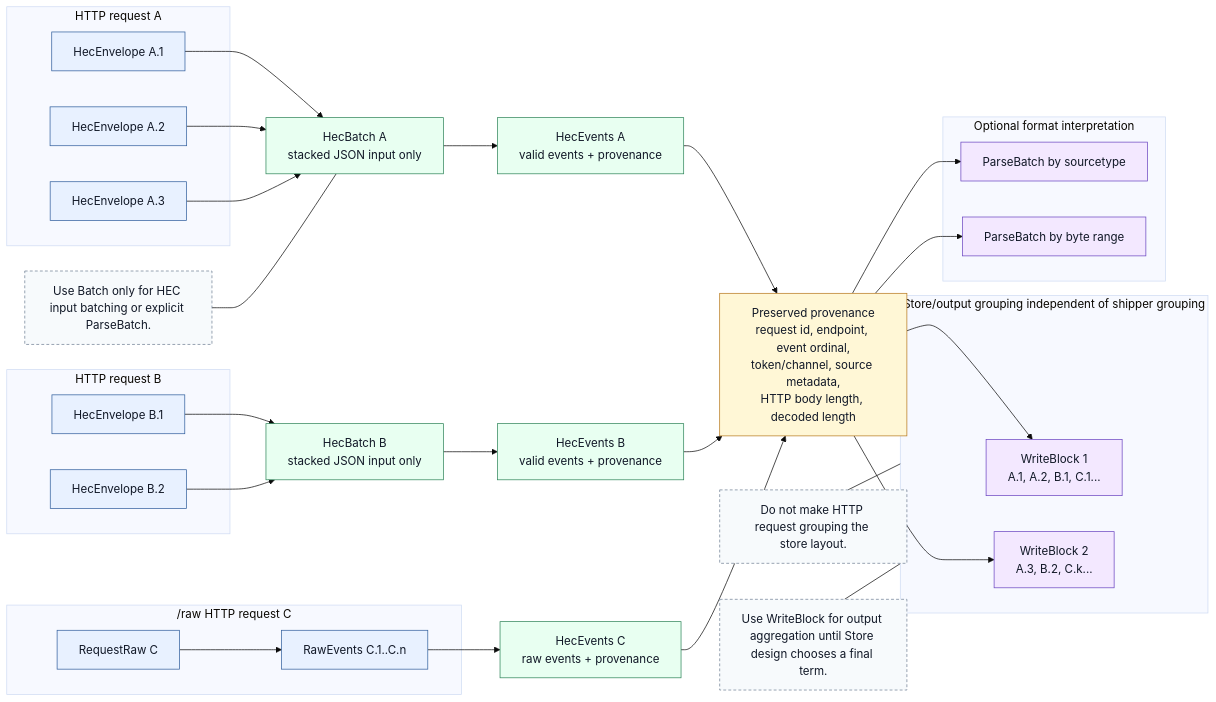
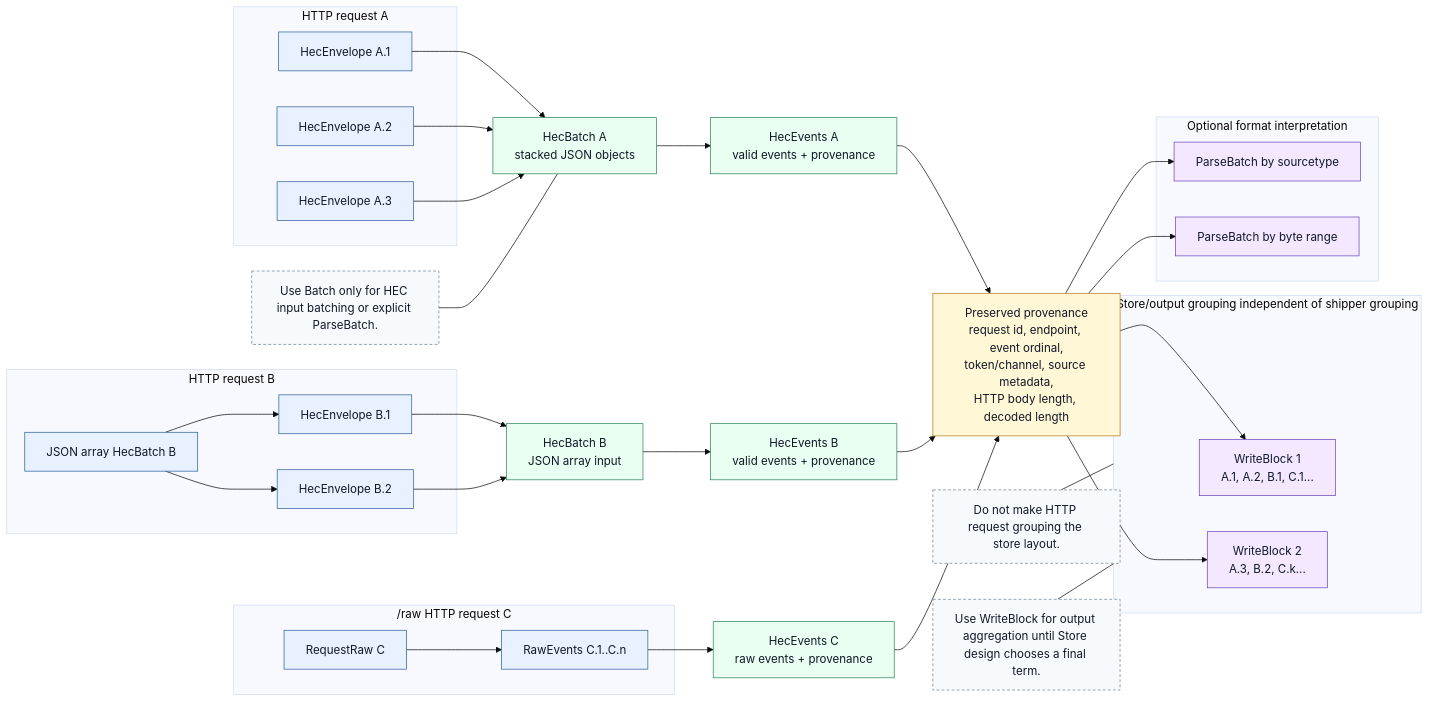
One commit to fear-ai/hecpoc changed the diagram in viz/hec_batch_writeblock.mmd. Above: the diagram before and after it, drawn with Mermaid (base theme). The commit also changed 14 other files, not shown here.

```diff
--- a/viz/hec_batch_writeblock.mmd
+++ b/viz/hec_batch_writeblock.mmd
@@ -1,64 +1,67 @@
 flowchart LR
   classDef request fill:#e8f1ff,stroke:#315f9d,color:#111827
   classDef hec fill:#e8fff1,stroke:#2f855a,color:#111827
   classDef store fill:#f3e8ff,stroke:#6b46c1,color:#111827
   classDef meta fill:#fff7d6,stroke:#b7791f,color:#111827
   classDef note fill:#f7fafc,stroke:#718096,color:#111827,stroke-dasharray: 4 3
 
   subgraph R1["HTTP request A"]
     A1["HecEnvelope A.1"]:::request
     A2["HecEnvelope A.2"]:::request
     A3["HecEnvelope A.3"]:::request
   end
 
   subgraph R2["HTTP request B"]
+    B0["JSON array HecBatch B"]:::request
     B1["HecEnvelope B.1"]:::request
     B2["HecEnvelope B.2"]:::request
   end
 
   subgraph R3["/raw HTTP request C"]
     C0["RequestRaw C"]:::request
     C1["RawEvents C.1..C.n"]:::request
   end
 
-  HB1["HecBatch A<br/>stacked JSON input only"]:::hec
-  HB2["HecBatch B<br/>stacked JSON input only"]:::hec
+  HB1["HecBatch A<br/>stacked JSON objects"]:::hec
+  HB2["HecBatch B<br/>JSON array input"]:::hec
   HE1["HecEvents A<br/>valid events + provenance"]:::hec
   HE2["HecEvents B<br/>valid events + provenance"]:::hec
   HE3["HecEvents C<br/>raw events + provenance"]:::hec
 
   P["Preserved provenance<br/>request id, endpoint, event ordinal,<br/>token/channel, source metadata,<br/>HTTP body length, decoded length"]:::meta
 
   subgraph W["Store/output grouping independent of shipper grouping"]
     W1["WriteBlock 1<br/>A.1, A.2, B.1, C.1..."]:::store
     W2["WriteBlock 2<br/>A.3, B.2, C.k..."]:::store
   end
 
   subgraph PP["Optional format interpretation"]
     PB1["ParseBatch by sourcetype"]:::store
     PB2["ParseBatch by byte range"]:::store
   end
 
   N1["Do not make HTTP request grouping the store layout."]:::note
   N2["Use Batch only for HEC input batching or explicit ParseBatch."]:::note
   N3["Use WriteBlock for output aggregation until Store design chooses a final term."]:::note
 
   A1 --> HB1
   A2 --> HB1
   A3 --> HB1
+  B0 --> B1
+  B0 --> B2
   B1 --> HB2
   B2 --> HB2
   C0 --> C1
   HB1 --> HE1
   HB2 --> HE2
   C1 --> HE3
   HE1 --> P
   HE2 --> P
   HE3 --> P
   P --> W1
   P --> W2
   P --> PB1
   P --> PB2
   N1 --- W
   N2 --- HB1
   N3 --- W
```
